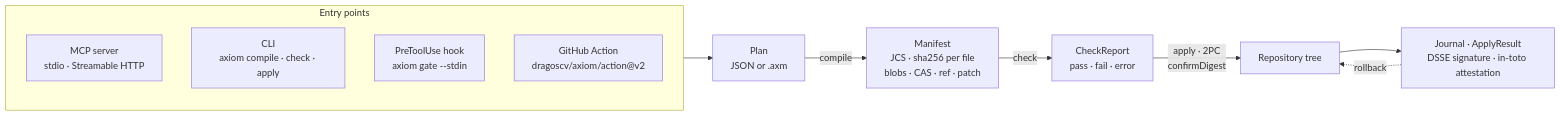
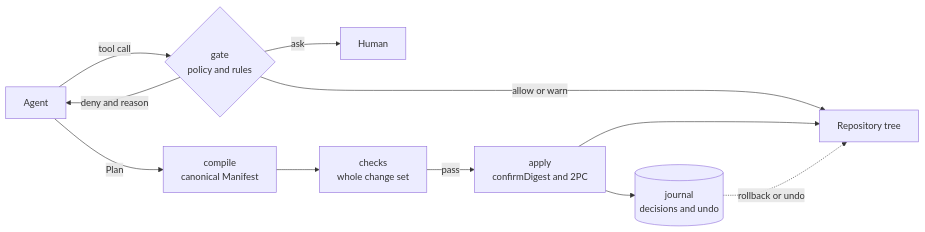
The diagram in README.md (dragoscv/axiom), drawn with Mermaid before and after one commit. The commit also changed other lines of this file and 308 other files, not shown here.

First line of the commit message:
feat!: AXIOM 3.0 - reality-check fixes and full redesign (D-41..D-45)

````diff
--- a/README.md
+++ b/README.md
@@ -41,16 +125,15 @@
 ```mermaid
 flowchart LR
-  subgraph entry [Entry points]
-    direction TB
-    MCP[MCP server<br/>stdio · Streamable HTTP]
-    CLI[CLI<br/>axiom compile · check · apply]
-    HOOK[PreToolUse hook<br/>axiom gate --stdin]
-    GHA[GitHub Action<br/>dragoscv/axiom/action@v2]
-  end
-  P[Plan<br/>JSON or .axm] -->|compile| M[Manifest<br/>JCS · sha256 per file<br/>blobs · CAS · ref · patch]
-  M -->|check| C[CheckReport<br/>pass · fail · error]
-  C -->|apply · 2PC<br/>confirmDigest| T[Repository tree]
-  T --> J[Journal · ApplyResult<br/>DSSE signature · in-toto attestation]
-  J -.->|rollback| T
-  entry --> P
+  accTitle: AXIOM in front of an agent
+  accDescr: A tool call from an agent goes through the gate, which allows, asks, warns or denies it. A change set goes through compile, checks and a digest-confirmed two-phase apply that writes the journal and can be rolled back.
+  A[Agent] -->|tool call| G{gate<br/>policy and rules}
+  G -->|allow or warn| T[Repository tree]
+  G -->|ask| H[Human]
+  G -->|deny and reason| A
+  A -->|Plan| P[compile<br/>canonical Manifest]
+  P --> C[checks<br/>whole change set]
+  C -->|pass| X[apply<br/>confirmDigest and 2PC]
+  X --> T
+  X --> J[(journal<br/>decisions and undo)]
+  J -.->|rollback or undo| T
 ```
````
